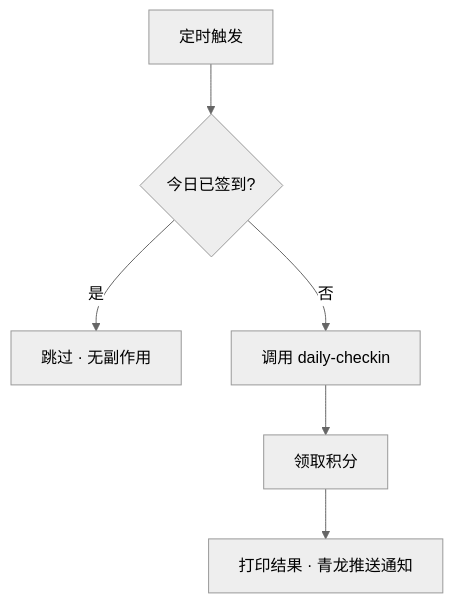
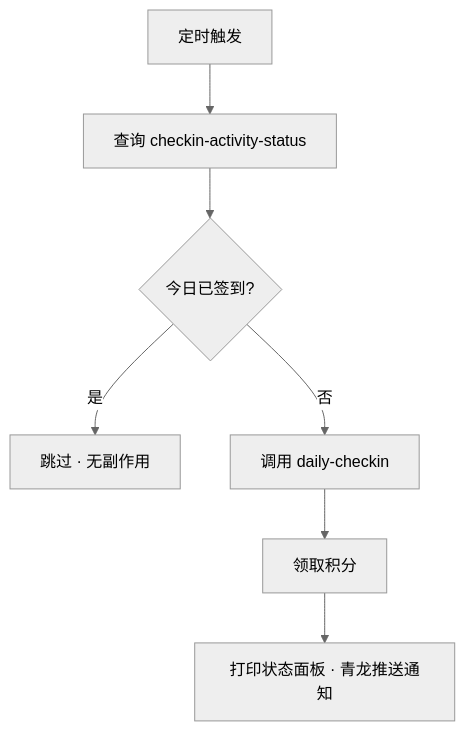
One commit to xmgzxmgz/workbuddy-checkin-qinglong changed the first of 3 diagrams in README.md. Above: the diagram before and after it, drawn with Mermaid (neutral theme). The commit also changed other lines of this file and 2 other files, not shown here.

````diff
--- a/README.md
+++ b/README.md
@@ -98,8 +145,9 @@
 ```mermaid
 flowchart TD
-  A[定时触发] --> B{今日已签到?}
-  B -- 是 --> C[跳过 · 无副作用]
-  B -- 否 --> D[调用 daily-checkin]
-  D --> E[领取积分]
-  E --> F[打印结果 · 青龙推送通知]
+  A[定时触发] --> B[查询 checkin-activity-status]
+  B --> C{今日已签到?}
+  C -- 是 --> D[跳过 · 无副作用]
+  C -- 否 --> E[调用 daily-checkin]
+  E --> F[领取积分]
+  F --> G[打印状态面板 · 青龙推送通知]
 ```
````
